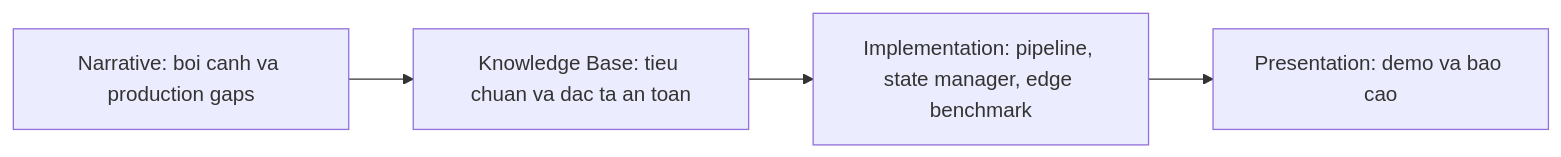
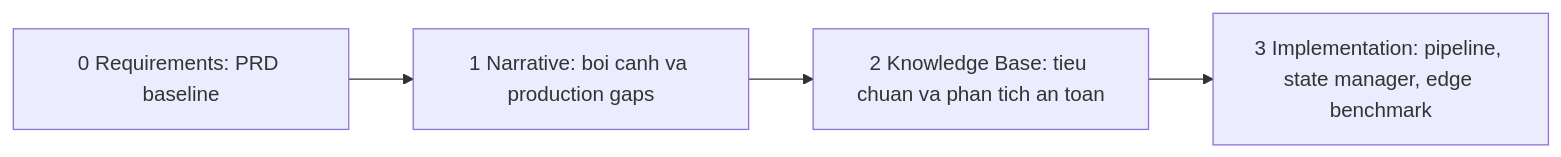
The diagram in research/1.narrative/01.prototype_to_production.md (LeNguyenHaiDuong/adas-tsr), drawn with Mermaid before and after one commit. The commit also changed other lines of this file and 15 other files, not shown here.

````diff
--- a/research/1.narrative/01.prototype_to_production.md
+++ b/research/1.narrative/01.prototype_to_production.md
@@ -58,6 +64,6 @@
 ```mermaid
 flowchart LR
-    A[Narrative: boi canh va production gaps] --> B[Knowledge Base: tieu chuan va dac ta an toan]
-    B --> C[Implementation: pipeline, state manager, edge benchmark]
-    C --> D[Presentation: demo va bao cao]
+    A[0 Requirements: PRD baseline] --> B[1 Narrative: boi canh va production gaps]
+    B --> C[2 Knowledge Base: tieu chuan va phan tich an toan]
+    C --> D[3 Implementation: pipeline, state manager, edge benchmark]
 ```
````
